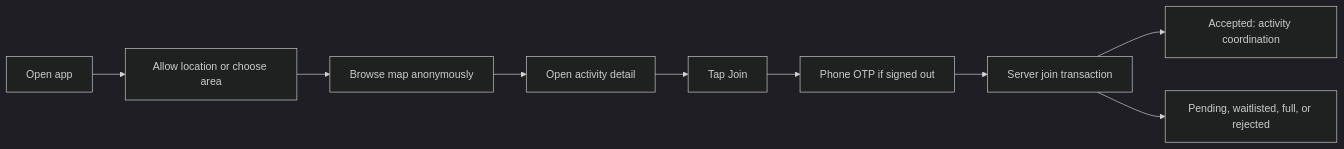
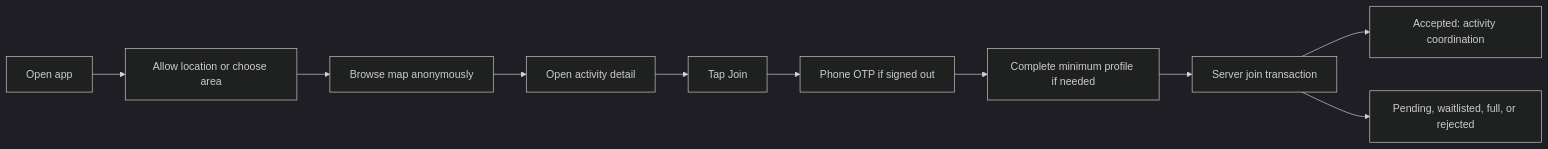
One commit to ansh0eman/NearHere changed the diagram in docs/prd.md. Above: the diagram before and after it, drawn with Mermaid (dark theme). The commit also changed other lines of this file and 33 other files, not shown here.

````diff
--- a/docs/prd.md
+++ b/docs/prd.md
@@ -95,11 +103,12 @@
 ```mermaid
 flowchart LR
     OPEN["Open app"] --> LOC["Allow location or choose area"]
     LOC --> MAP["Browse map anonymously"]
     MAP --> DETAIL["Open activity detail"]
     DETAIL --> JOIN["Tap Join"]
     JOIN --> AUTH["Phone OTP if signed out"]
-    AUTH --> DECIDE["Server join transaction"]
+    AUTH --> PROFILE["Complete minimum profile if needed"]
+    PROFILE --> DECIDE["Server join transaction"]
     DECIDE --> CHAT["Accepted: activity coordination"]
     DECIDE --> WAIT["Pending, waitlisted, full, or rejected"]
 ```
````
